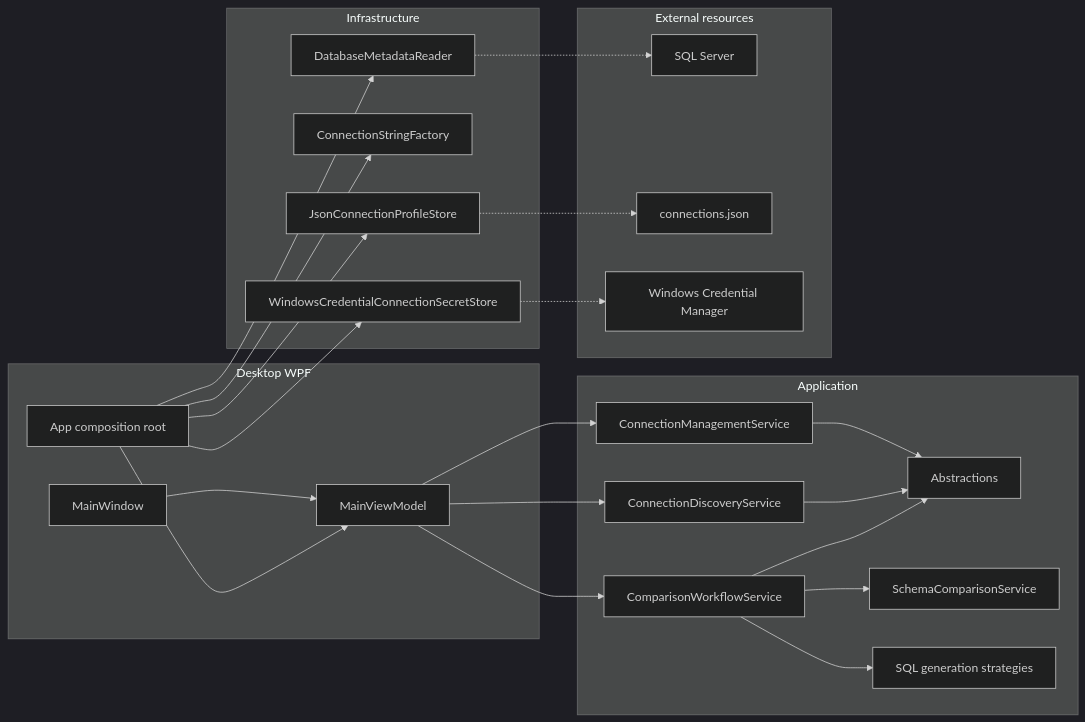
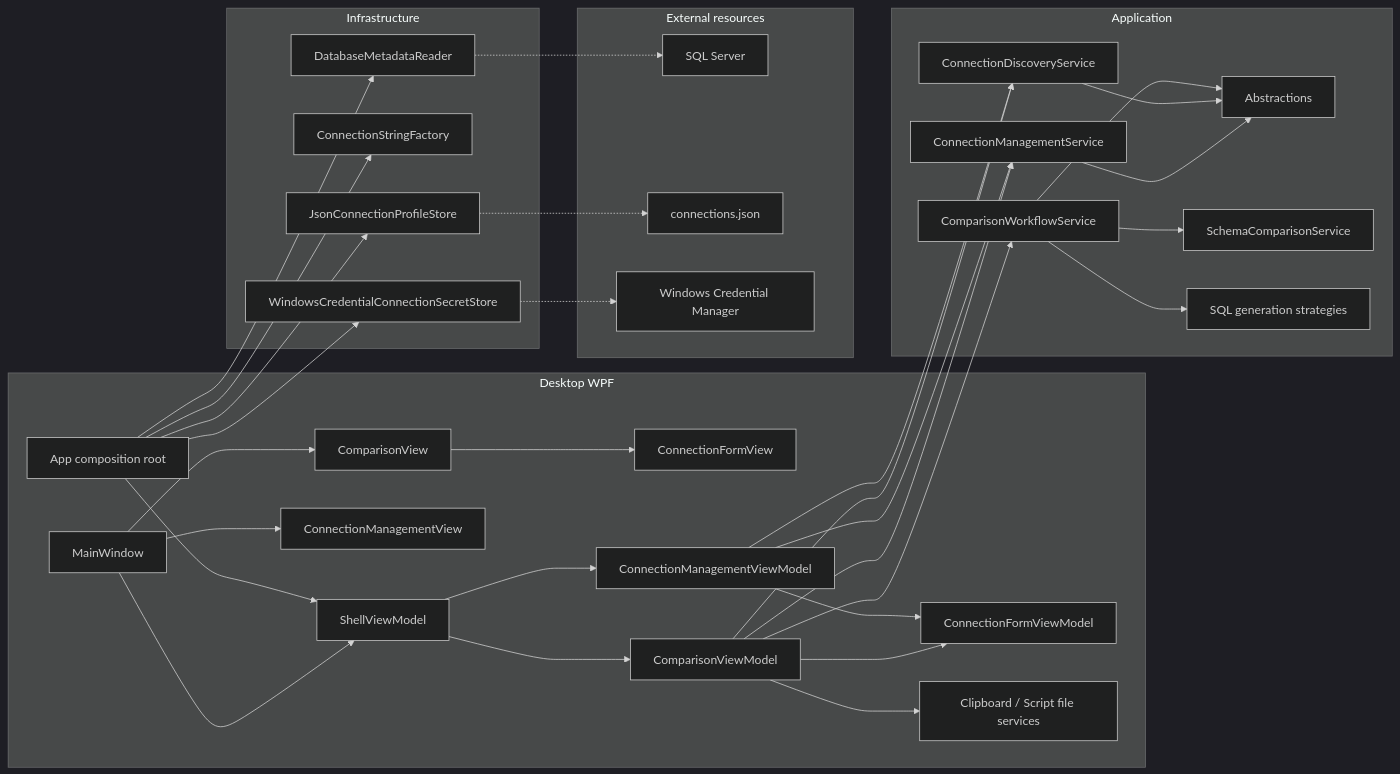
Before and after one commit to nahuelXZV/Comparador-DB: the first of 5 diagrams in ARQUITECTURA.md, drawn with Mermaid (dark theme). The commit also changed other lines of this file and 32 other files, not shown here.

````diff
--- a/ARQUITECTURA.md
+++ b/ARQUITECTURA.md
@@ -9,48 +9,65 @@
 ```mermaid
 flowchart LR
     subgraph desktop[Desktop WPF]
         view["MainWindow"]
-        vm["MainViewModel"]
+        comparisonView["ComparisonView"]
+        managementView["ConnectionManagementView"]
+        formView["ConnectionFormView"]
+        shell["ShellViewModel"]
+        comparisonVm["ComparisonViewModel"]
+        managementVm["ConnectionManagementViewModel"]
+        formVm["ConnectionFormViewModel"]
+        uiServices["Clipboard / Script file services"]
         app["App composition root"]
     end
 
     subgraph application[Application]
         management["ConnectionManagementService"]
         discovery["ConnectionDiscoveryService"]
         workflow["ComparisonWorkflowService"]
         contracts["Abstractions"]
         comparison["SchemaComparisonService"]
         strategies["SQL generation strategies"]
     end
 
     subgraph infrastructure[Infrastructure]
         sqlReader["DatabaseMetadataReader"]
         connectionFactory["ConnectionStringFactory"]
         jsonStore["JsonConnectionProfileStore"]
         secretStore["WindowsCredentialConnectionSecretStore"]
     end
 
     subgraph external[External resources]
         sqlServer["SQL Server"]
         profileFile["connections.json"]
         credentialManager["Windows Credential Manager"]
     end
 
-    view --> vm
-    app --> vm
-    vm --> management
-    vm --> discovery
-    vm --> workflow
+    view --> comparisonView
+    view --> managementView
+    comparisonView --> formView
+    view --> shell
+    shell --> comparisonVm
+    shell --> managementVm
+    comparisonVm --> formVm
+    managementVm --> formVm
+    comparisonVm --> uiServices
+    app --> shell
+    comparisonVm --> management
+    comparisonVm --> discovery
+    comparisonVm --> workflow
+    managementVm --> management
+    managementVm --> discovery
     management --> contracts
     discovery --> contracts
     workflow --> comparison
     workflow --> strategies
     workflow --> contracts
     app --> sqlReader
     app --> connectionFactory
     app --> jsonStore
     app --> secretStore
     sqlReader -.-> sqlServer
     jsonStore -.-> profileFile
     secretStore -.-> credentialManager
 ```
````
